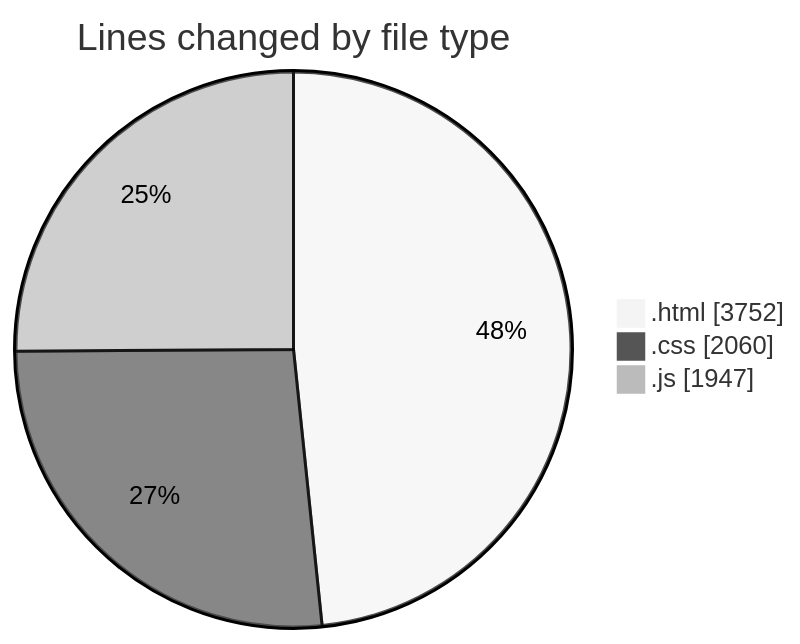
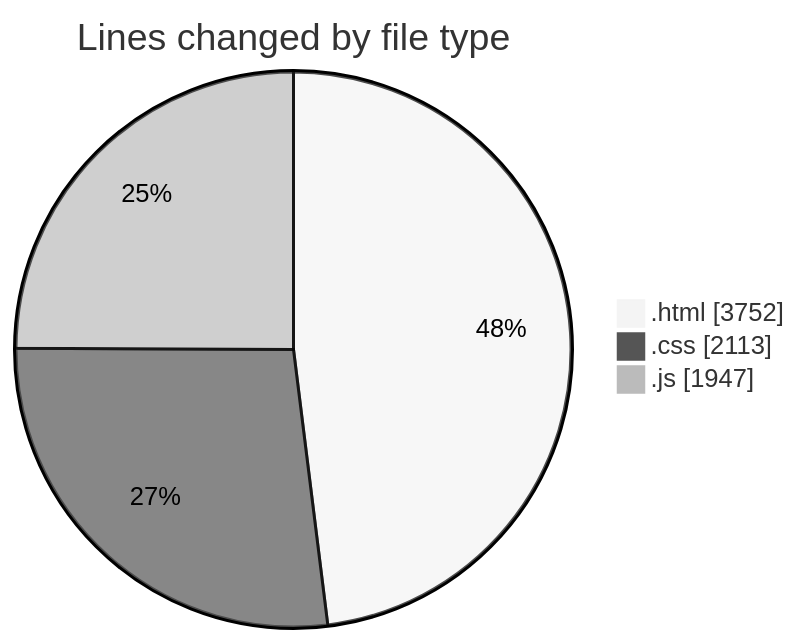
One commit to Ritupan-Deka/code-tracking changed the first of 2 diagrams in 2025-05-24/projects/README.md. Above: the diagram before and after it, drawn with Mermaid (neutral theme). The commit also changed other lines of this file and 1 other file, not shown here.

````diff
--- a/2025-05-24/projects/README.md
+++ b/2025-05-24/projects/README.md
@@ -25,7 +25,7 @@
 ```mermaid
 pie showData
 title Lines changed by file type
 ".html" : 3752
-".css" : 2060
+".css" : 2113
 ".js" : 1947
 ```
````
